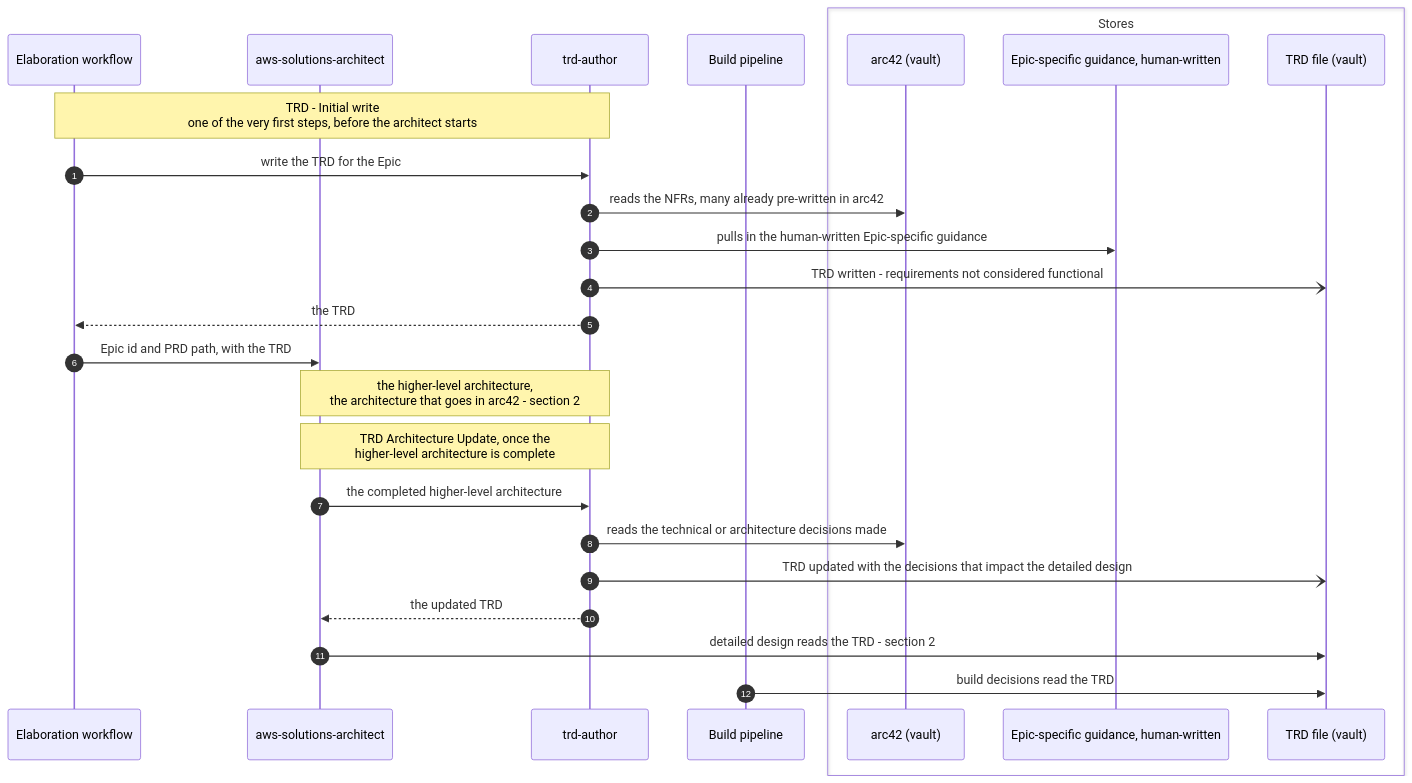
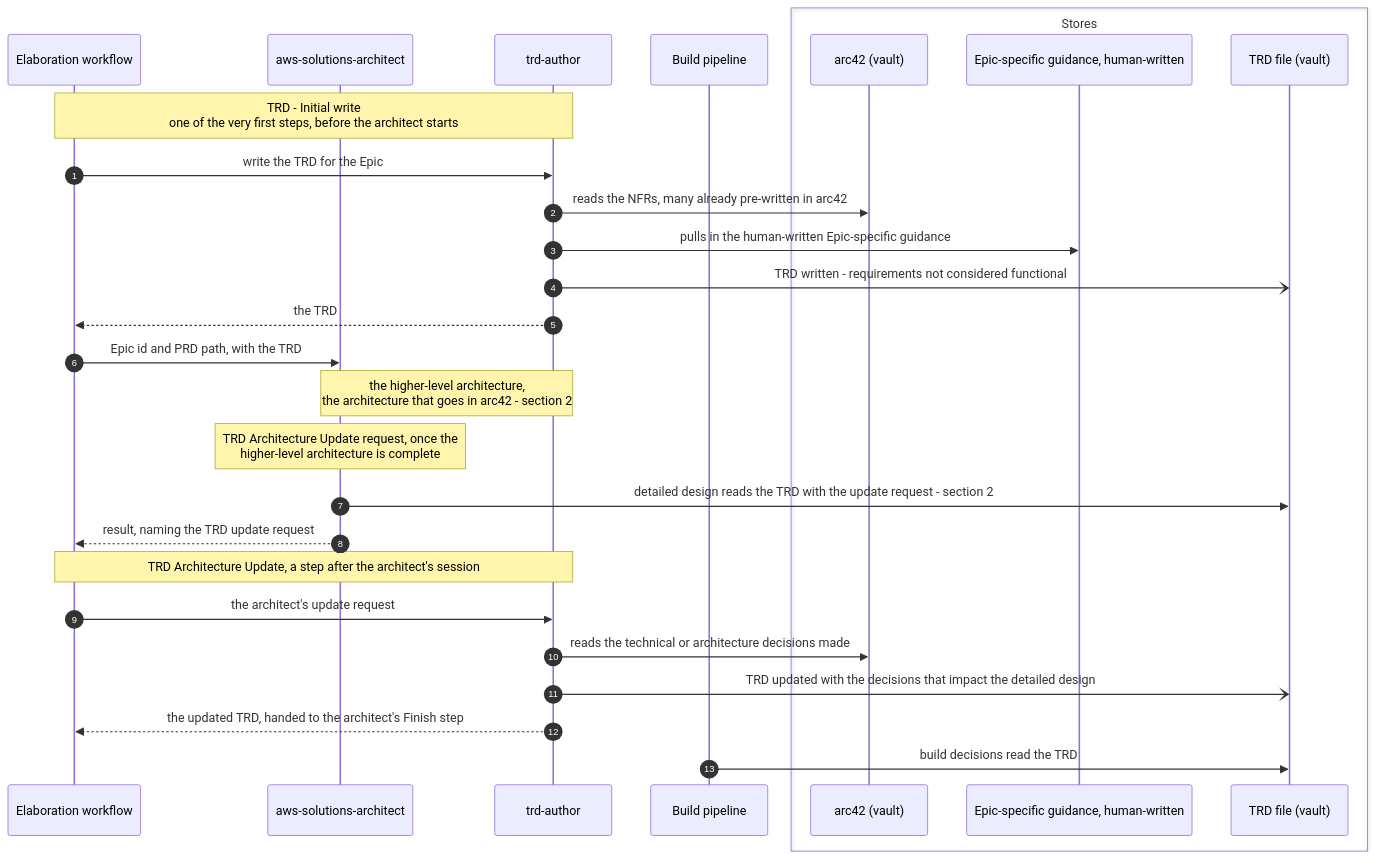
One commit to mark-satterfield/toolset changed the fourth of 8 diagrams in plugins/agent-teams-workforce/blueprint/design/pipelines-elaboration.md. Above: the diagram before and after it, drawn with Mermaid. The commit also changed other lines of this file and 16 other files, not shown here.

First line of the commit message:
fix(agent-teams-workforce): the architect works from the pack, batches matrix writes, runs helpers concurrently and trusts only approved entries

````diff
--- a/plugins/agent-teams-workforce/blueprint/design/pipelines-elaboration.md
+++ b/plugins/agent-teams-workforce/blueprint/design/pipelines-elaboration.md
@@ -357,29 +360,31 @@
 ```mermaid
 sequenceDiagram
     autonumber
     participant WF as Elaboration workflow
     participant SA as aws-solutions-architect
     participant TRD as trd-author
     participant B as Build pipeline
     box Stores
         participant A42 as arc42 (vault)
         participant G as Epic-specific guidance, human-written
         participant T as TRD file (vault)
     end
 
     Note over WF,TRD: TRD - Initial write<br/>one of the very first steps, before the architect starts
     WF->>TRD: write the TRD for the Epic
     TRD->>A42: reads the NFRs, many already pre-written in arc42
     TRD->>G: pulls in the human-written Epic-specific guidance
     TRD-)T: TRD written - requirements not considered functional
     TRD-->>WF: the TRD
     WF->>SA: Epic id and PRD path, with the TRD
     Note over SA,TRD: the higher-level architecture,<br/>the architecture that goes in arc42 - section 2
-    Note over SA,TRD: TRD Architecture Update, once the<br/>higher-level architecture is complete
-    SA->>TRD: the completed higher-level architecture
+    Note over SA: TRD Architecture Update request, once the<br/>higher-level architecture is complete
+    SA->>T: detailed design reads the TRD with the update request - section 2
+    SA-->>WF: result, naming the TRD update request
+    Note over WF,TRD: TRD Architecture Update, a step after the architect's session
+    WF->>TRD: the architect's update request
     TRD->>A42: reads the technical or architecture decisions made
     TRD-)T: TRD updated with the decisions that impact the detailed design
-    TRD-->>SA: the updated TRD
-    SA->>T: detailed design reads the TRD - section 2
+    TRD-->>WF: the updated TRD, handed to the architect's Finish step
     B->>T: build decisions read the TRD
 ```
````
